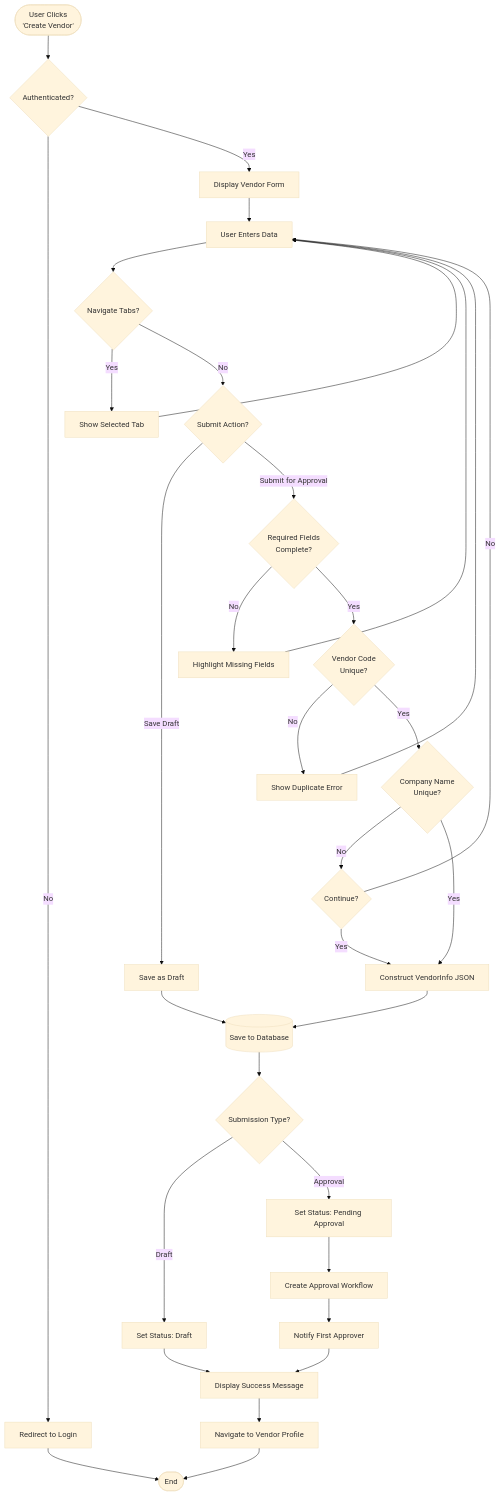
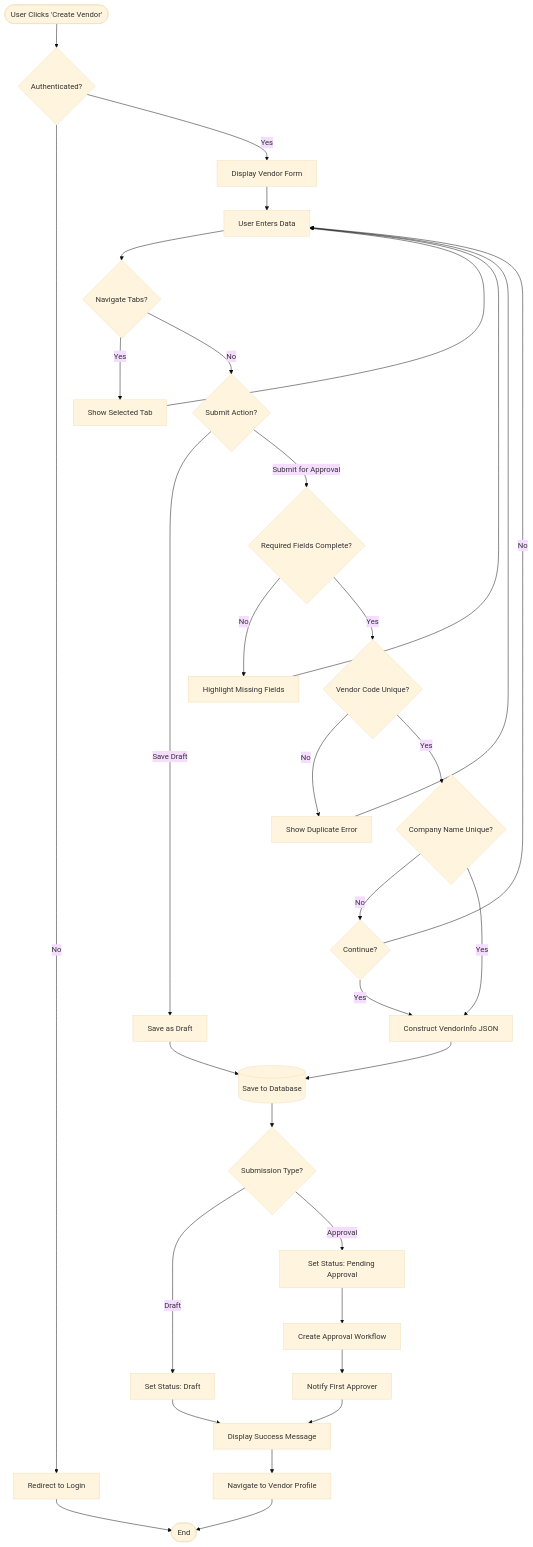
The fourth of 24 diagrams in docs/app/vendor-management/vendor-directory/FD-vendor-directory.md (CarmenSoftware-organization/carmen), drawn with Mermaid (base theme) before and after one commit. The commit also changed other lines of this file and 1788 other files, not shown here.

````diff
--- a/docs/app/vendor-management/vendor-directory/FD-vendor-directory.md
+++ b/docs/app/vendor-management/vendor-directory/FD-vendor-directory.md
@@ -128,45 +138,45 @@
 ```mermaid
 flowchart TD
-    Start([User Clicks<br/>'Create Vendor']) --> CheckAuth{Authenticated?}
+    Start([User Clicks 'Create Vendor']) --> CheckAuth{Authenticated?}
     CheckAuth -->|No| Login[Redirect to Login]
     CheckAuth -->|Yes| ShowForm[Display Vendor Form]
 
     ShowForm --> EnterData[User Enters Data]
     EnterData --> TabNav{Navigate Tabs?}
     TabNav -->|Yes| ShowTab[Show Selected Tab]
     ShowTab --> EnterData
 
     TabNav -->|No| Submit{Submit Action?}
     Submit -->|Save Draft| SaveDraft[Save as Draft]
-    Submit -->|Submit for Approval| ValidateRequired{Required Fields<br/>Complete?}
+    Submit -->|Submit for Approval| ValidateRequired{Required Fields Complete?}
 
     ValidateRequired -->|No| ShowErrors[Highlight Missing Fields]
     ShowErrors --> EnterData
 
-    ValidateRequired -->|Yes| ValidateCode{Vendor Code<br/>Unique?}
+    ValidateRequired -->|Yes| ValidateCode{Vendor Code Unique?}
     ValidateCode -->|No| DuplicateError[Show Duplicate Error]
     DuplicateError --> EnterData
 
-    ValidateCode -->|Yes| ValidateName{Company Name<br/>Unique?}
+    ValidateCode -->|Yes| ValidateName{Company Name Unique?}
     ValidateName -->|No| NameWarning{Continue?}
     NameWarning -->|No| EnterData
     NameWarning -->|Yes| ConstructJSON
 
     ValidateName -->|Yes| ConstructJSON[Construct VendorInfo JSON]
     ConstructJSON --> SaveDB[(Save to Database)]
     SaveDB --> Status{Submission Type?}
 
     Status -->|Draft| SetDraft[Set Status: Draft]
     Status -->|Approval| SetPending[Set Status: Pending Approval]
 
     SetDraft --> Success[Display Success Message]
     SetPending --> CreateWorkflow[Create Approval Workflow]
     CreateWorkflow --> NotifyApprover[Notify First Approver]
     NotifyApprover --> Success
 
     Success --> Navigate[Navigate to Vendor Profile]
     Navigate --> End([End])
 
     SaveDraft --> SaveDB
     Login --> End
 ```
````
